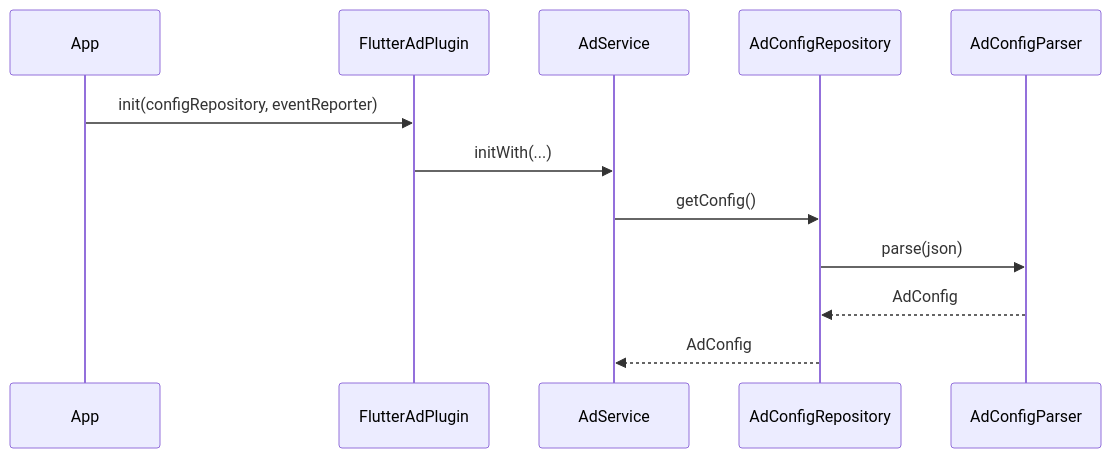
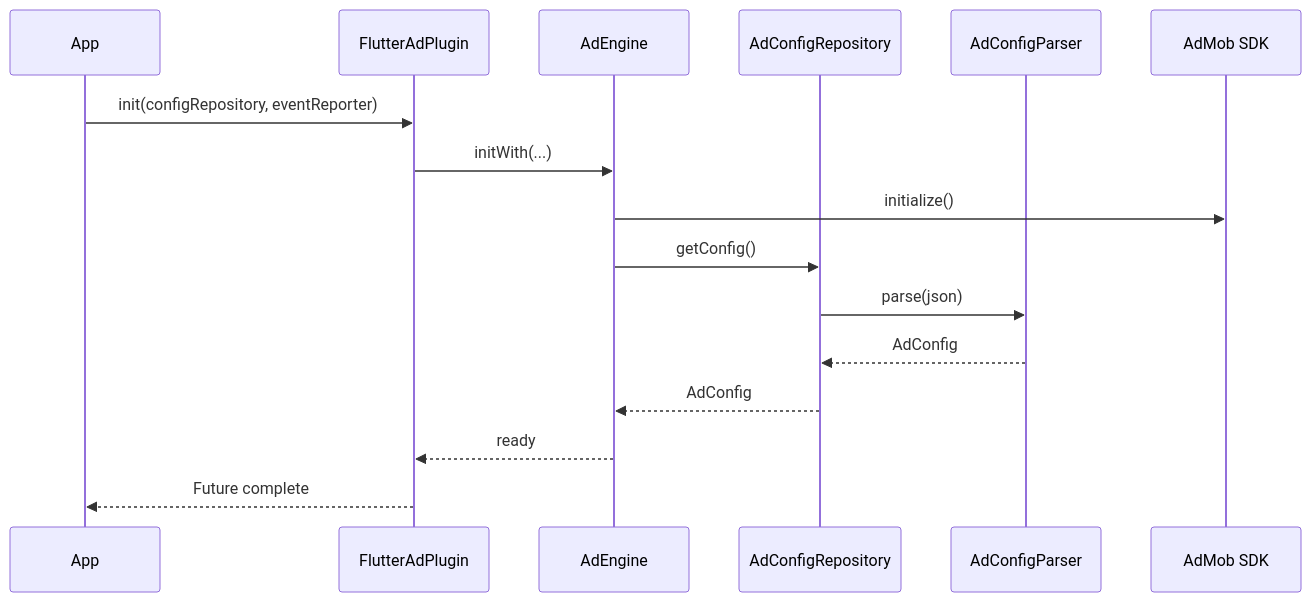
One commit to yanmingLiu/flutter_ad_plugin changed the second of 7 diagrams in README.md. Above: the diagram before and after it, drawn with Mermaid. The commit also changed other lines of this file and 10 other files, not shown here.

Commit message:
refactor: simplify ad plugin architecture and logging

````diff
--- a/README.md
+++ b/README.md
@@ -489,15 +608,19 @@
 ```mermaid
 sequenceDiagram
   participant App
   participant Plugin as FlutterAdPlugin
-  participant Service as AdService
+  participant Engine as AdEngine
   participant Repo as AdConfigRepository
   participant Parser as AdConfigParser
+  participant SDK as AdMob SDK
 
   App->>Plugin: init(configRepository, eventReporter)
-  Plugin->>Service: initWith(...)
-  Service->>Repo: getConfig()
+  Plugin->>Engine: initWith(...)
+  Engine->>SDK: initialize()
+  Engine->>Repo: getConfig()
   Repo->>Parser: parse(json)
   Parser-->>Repo: AdConfig
-  Repo-->>Service: AdConfig
+  Repo-->>Engine: AdConfig
+  Engine-->>Plugin: ready
+  Plugin-->>App: Future complete
 ```
````
